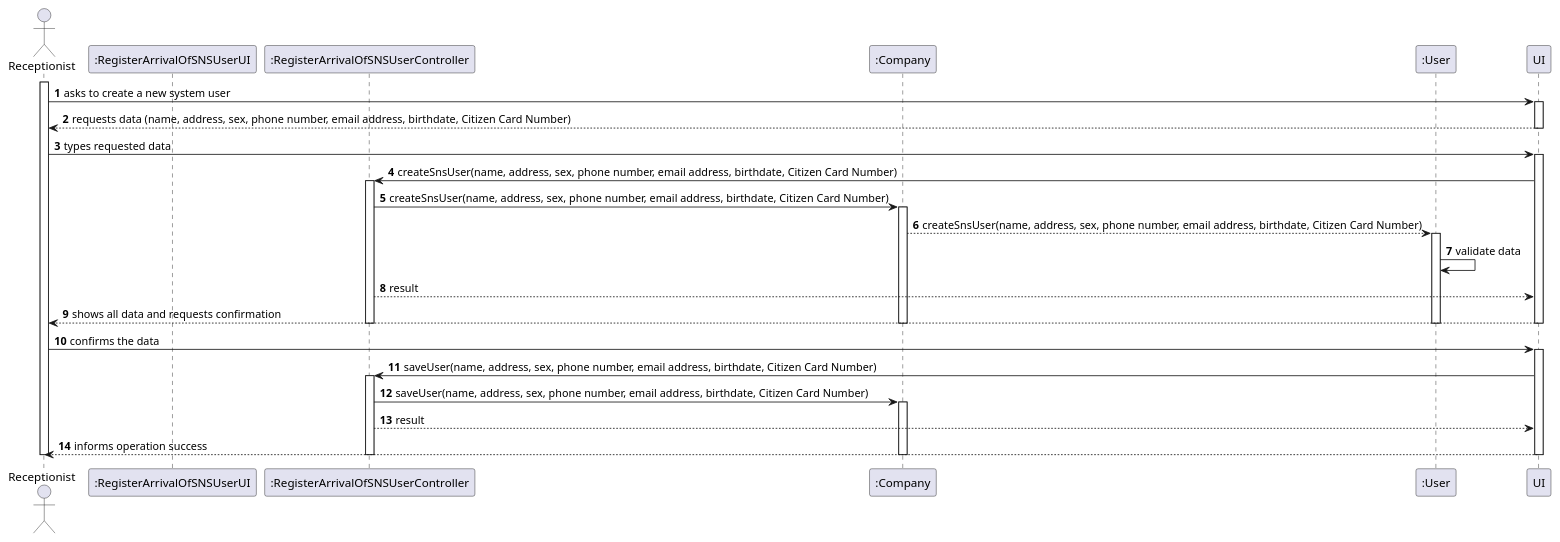
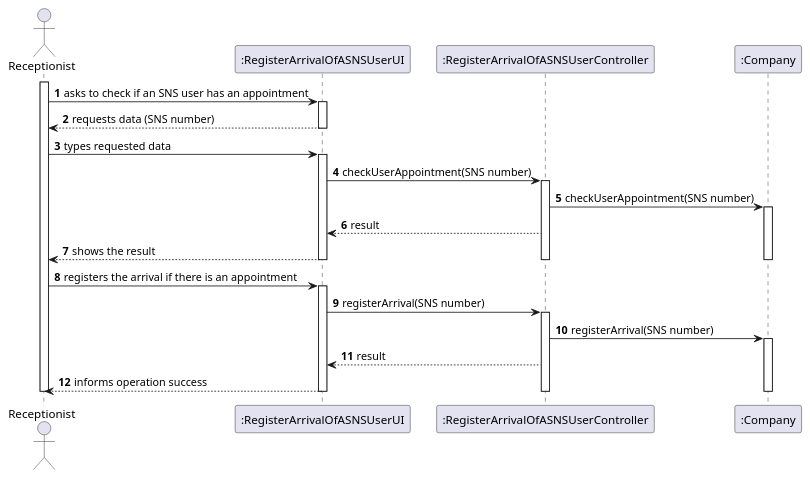
One commit to Pirussa/lei-22-s2-1da-g02 changed the diagram in docs/SprintC/US004/US004_SD.puml. Above: the diagram before and after it, drawn with PlantUML. The commit also changed 6 other files, not shown here.

```diff
--- a/docs/SprintC/US004/US004_SD.puml
+++ b/docs/SprintC/US004/US004_SD.puml
@@ -1,59 +1,58 @@
 @startuml
 autonumber
 
 actor "Receptionist" as R
 
-participant ":RegisterArrivalOfSNSUserUI" as UIsour
-participant ":RegisterArrivalOfSNSUserController" as CTRL
+participant ":RegisterArrivalOfASNSUserUI" as UI
+participant ":RegisterArrivalOfASNSUserController" as CTRL
 participant ":Company" as C
-participant ":User" as U
 
 activate R
-R -> UI : asks to create a new system user
+
+R -> UI : asks to check if an SNS user has an appointment
 activate UI
-UI --> R : requests data (name, address, sex, phone number, email address, birthdate, Citizen Card Number)
+
+UI --> R : requests data (SNS number)
 deactivate UI
 
 R -> UI : types requested data
 activate UI
 
-UI -> CTRL : createSnsUser(name, address, sex, phone number, email address, birthdate, Citizen Card Number)
+UI -> CTRL : checkUserAppointment(SNS number)
 activate CTRL
 
-CTRL -> C : createSnsUser(name, address, sex, phone number, email address, birthdate, Citizen Card Number)
+CTRL -> C : checkUserAppointment(SNS number)
 activate C
-C --> U : createSnsUser(name, address, sex, phone number, email address, birthdate, Citizen Card Number)
-activate U
-U -> U :  validate data
 
 CTRL --> UI : result
 
-UI --> R: shows all data and requests confirmation
+UI --> R: shows the result
 
-deactivate U
 deactivate C
 deactivate CTRL
 deactivate UI
 
 
-R -> UI : confirms the data
+R -> UI : registers the arrival if there is an appointment
 activate UI
-UI -> CTRL : saveUser(name, address, sex, phone number, email address, birthdate, Citizen Card Number)
+
+UI -> CTRL : registerArrival(SNS number)
 activate CTRL
-CTRL -> C : saveUser(name, address, sex, phone number, email address, birthdate, Citizen Card Number)
+
+CTRL -> C : registerArrival(SNS number)
 activate C
 
 
 
 
 CTRL --> UI: result
 
 UI --> R : informs operation success
 
 deactivate C
 deactivate CTRL
 deactivate UI
 deactivate R
 
 
 @enduml
```
